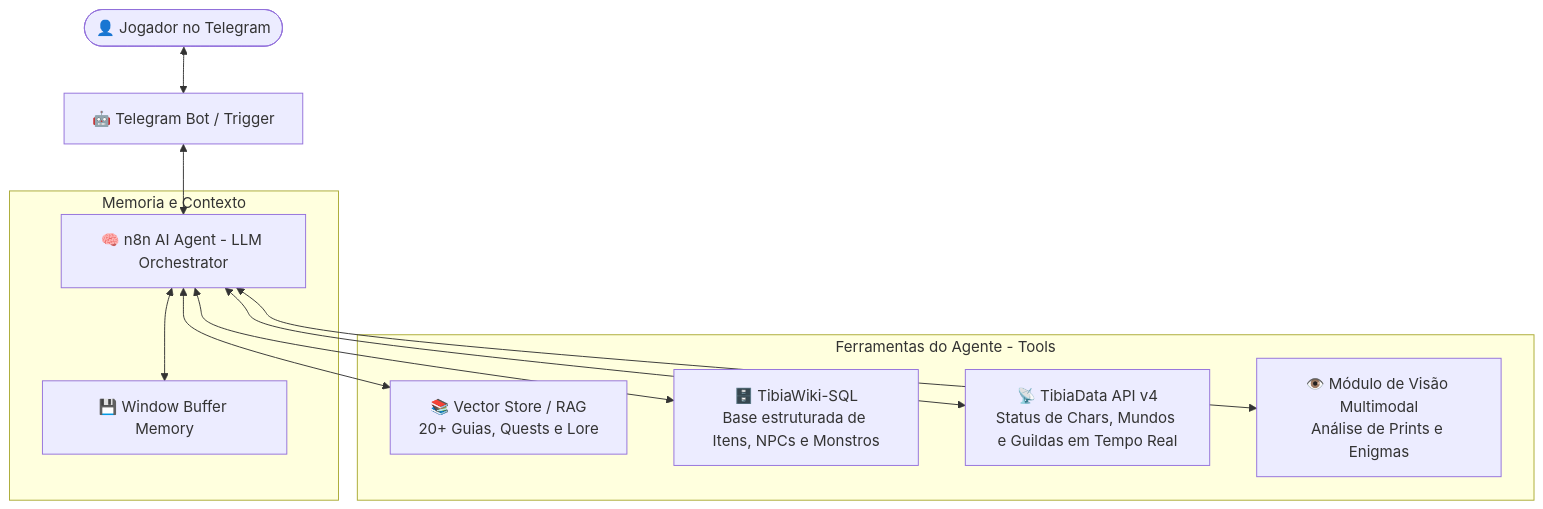
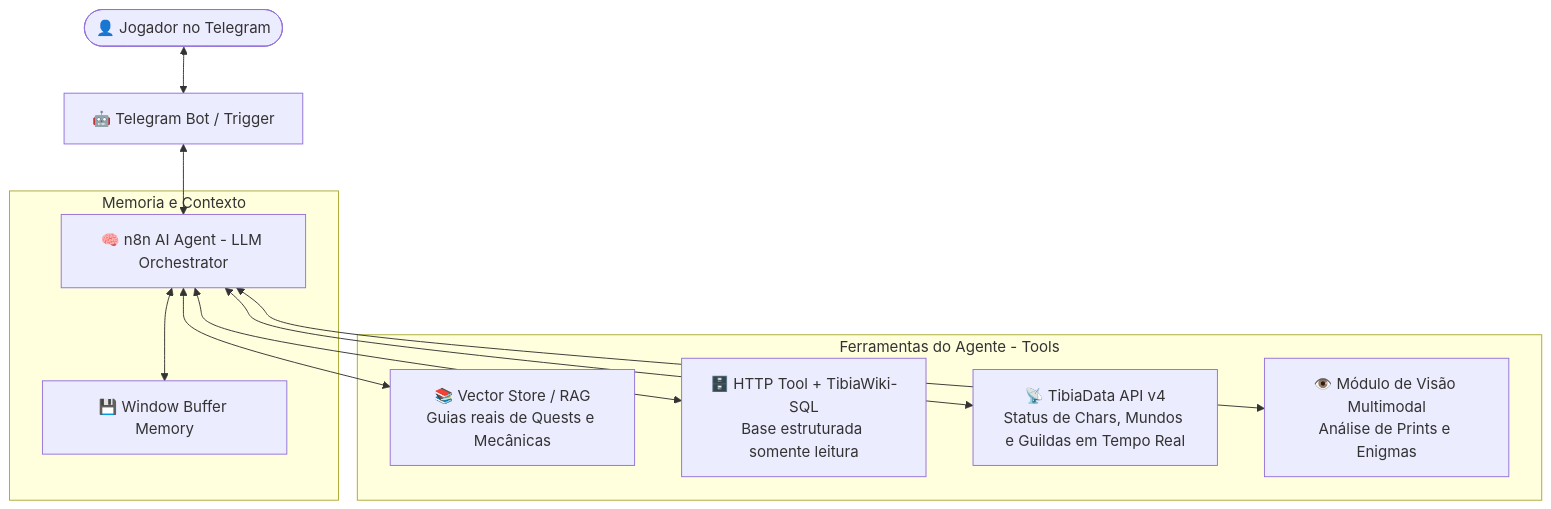
One commit to Giovanni-LOS/gptibia changed the diagram in README.md. Above: the diagram before and after it, drawn with Mermaid. The commit also changed other lines of this file and 23 other files, not shown here.

Commit message:
feat: integrate TibiaWiki SQLite via HTTP tool with item_details semantic view and regression tests

````diff
--- a/README.md
+++ b/README.md
@@ -23,16 +23,16 @@
 ```mermaid
 flowchart TD
     User([👤 Jogador no Telegram]) <--> TG[🤖 Telegram Bot / Trigger]
     TG <--> Agent[🧠 n8n AI Agent - LLM Orchestrator]
     
     subgraph Memoria e Contexto
         Agent <--> Mem[💾 Window Buffer Memory]
     end
     
     subgraph Ferramentas do Agente - Tools
-        Agent <--> ToolRAG[📚 Vector Store / RAG\n20+ Guias, Quests e Lore]
-        Agent <--> ToolWiki[🗄️ TibiaWiki-SQL\nBase estruturada de Itens, NPCs e Monstros]
+        Agent <--> ToolRAG[📚 Vector Store / RAG\nGuias reais de Quests e Mecânicas]
+        Agent <--> ToolWiki[🗄️ HTTP Tool + TibiaWiki-SQL\nBase estruturada somente leitura]
         Agent <--> ToolLive[📡 TibiaData API v4\nStatus de Chars, Mundos e Guildas em Tempo Real]
         Agent <--> ToolVision[👁️ Módulo de Visão Multimodal\nAnálise de Prints e Enigmas]
     end
 ```
````
